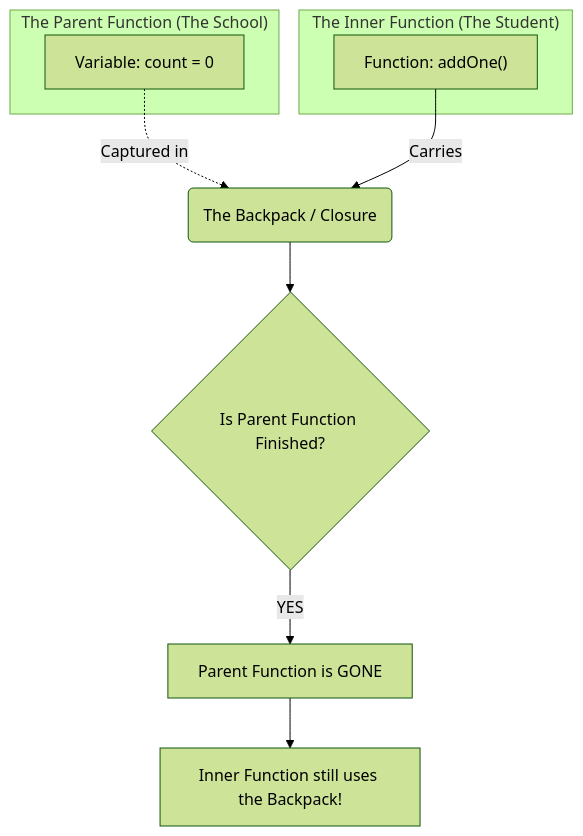
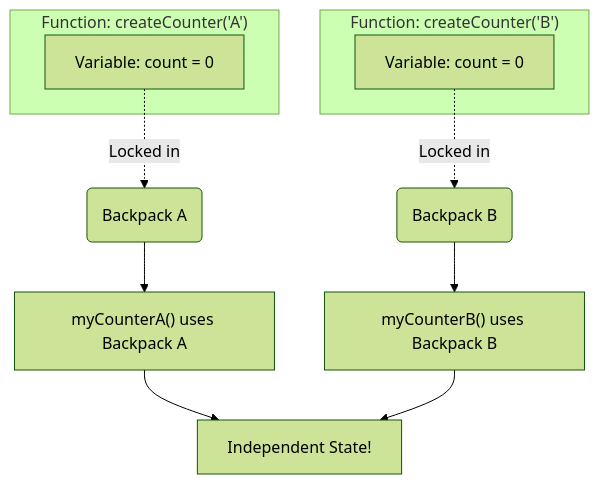
Before and after one commit to moideen-mashad/JavaScript-Closures: the diagram in README.md, drawn with Mermaid (forest theme). The commit also changed other lines of this file, not shown here.

Commit message:
Updated Closure

````diff
--- a/README.md
+++ b/README.md
@@ -44,17 +44,19 @@
 ```mermaid
 graph TD
-    subgraph "The Parent Function (The School)"
+    subgraph "Function: createCounter('A')"
         A["Variable: count = 0"]
     end
 
-    subgraph "The Inner Function (The Student)"
-        B["Function: addOne()"]
+    subgraph "Function: createCounter('B')"
+        B["Variable: count = 0"]
     end
 
-    A -.->|"Captured in"| C("The Backpack / Closure")
-    B -->|"Carries"| C
-    
-    C --> D{"Is Parent Function Finished?"}
-    D -->|"YES"| E["Parent Function is GONE"]
-    E --> F["Inner Function still uses the Backpack!"]
+    A -.->|"Locked in"| C("Backpack A")
+    B -.->|"Locked in"| D("Backpack B")
+
+    C --> E["myCounterA() uses Backpack A"]
+    D --> F["myCounterB() uses Backpack B"]
+
+    E --> G["Independent State!"]
+    F --> G
 ```
````
